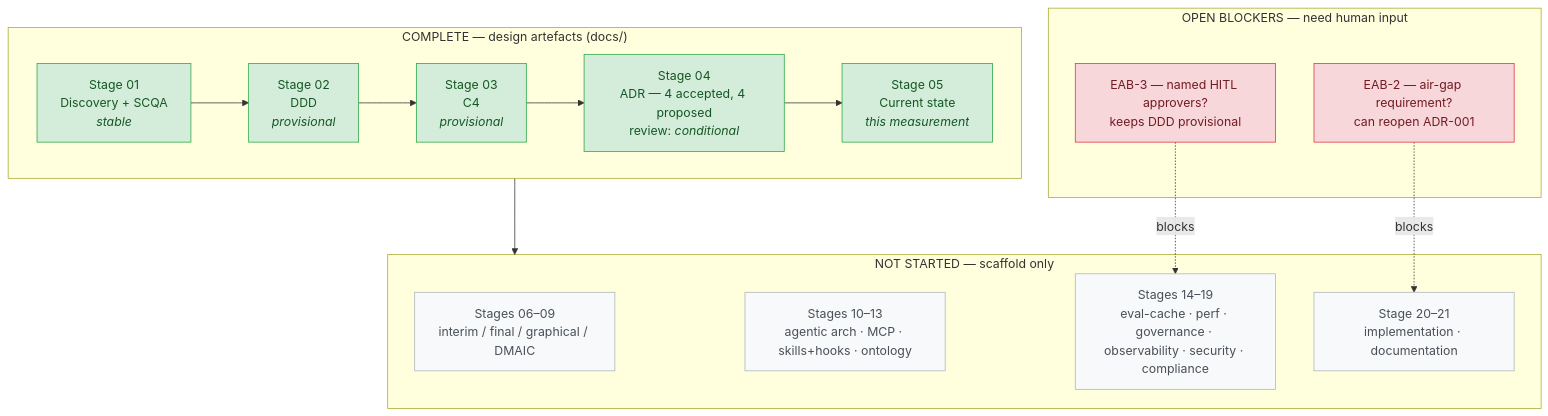
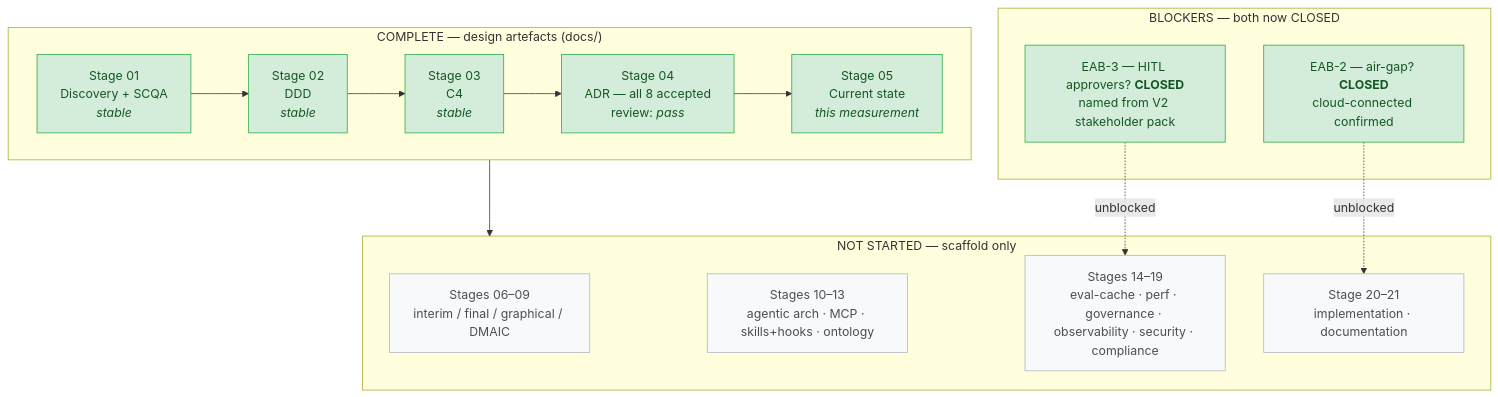
Before and after one commit to VenkataDineshPuranam/Team3_AEGIS_Pharma_Capstone_AgenticV2: the first of 2 diagrams in docs/architecture/graphical/current_state.md, drawn with Mermaid. The commit also changed 26 other files, not shown here.

First line of the commit message:
Close EAB-2 (cloud-connected); ADR-007 accepted, C4 stable, review = pass

````diff
--- a/docs/architecture/graphical/current_state.md
+++ b/docs/architecture/graphical/current_state.md
@@ -8,34 +8,34 @@
 ```mermaid
 flowchart TB
     subgraph done["COMPLETE — design artefacts (docs/)"]
         S1["Stage 01<br/>Discovery + SCQA<br/><i>stable</i>"]
-        S2["Stage 02<br/>DDD<br/><i>provisional</i>"]
-        S3["Stage 03<br/>C4<br/><i>provisional</i>"]
-        S4["Stage 04<br/>ADR — 4 accepted, 4 proposed<br/>review: <i>conditional</i>"]
+        S2["Stage 02<br/>DDD<br/><i>stable</i>"]
+        S3["Stage 03<br/>C4<br/><i>stable</i>"]
+        S4["Stage 04<br/>ADR — all 8 accepted<br/>review: <i>pass</i>"]
         S5["Stage 05<br/>Current state<br/><i>this measurement</i>"]
         S1 --> S2 --> S3 --> S4 --> S5
     end
 
     subgraph pending["NOT STARTED — scaffold only"]
         P1["Stages 06–09<br/>interim / final / graphical / DMAIC"]
         P2["Stages 10–13<br/>agentic arch · MCP · skills+hooks · ontology"]
         P3["Stages 14–19<br/>eval-cache · perf · governance · observability · security · compliance"]
         P4["Stage 20–21<br/>implementation · documentation"]
     end
 
-    subgraph blocked["OPEN BLOCKERS — need human input"]
-        B1["EAB-2 — air-gap requirement?<br/>can reopen ADR-001"]
-        B2["EAB-3 — named HITL approvers?<br/>keeps DDD provisional"]
+    subgraph resolved["BLOCKERS — both now CLOSED"]
+        B1["EAB-2 — air-gap? <b>CLOSED</b><br/>cloud-connected confirmed"]
+        B2["EAB-3 — HITL approvers? <b>CLOSED</b><br/>named from V2 stakeholder pack"]
     end
 
     done --> pending
-    B1 -.blocks.-> P4
-    B2 -.blocks.-> P3
+    B1 -.unblocked.-> P4
+    B2 -.unblocked.-> P3
 
     classDef complete fill:#d4edda,stroke:#28a745,color:#155724
     classDef todo fill:#f8f9fa,stroke:#adb5bd,color:#495057
-    classDef blocker fill:#f8d7da,stroke:#dc3545,color:#721c24
+    classDef blocker fill:#d4edda,stroke:#28a745,color:#155724
     class S1,S2,S3,S4,S5 complete
     class P1,P2,P3,P4 todo
     class B1,B2 blocker
 ```
````
